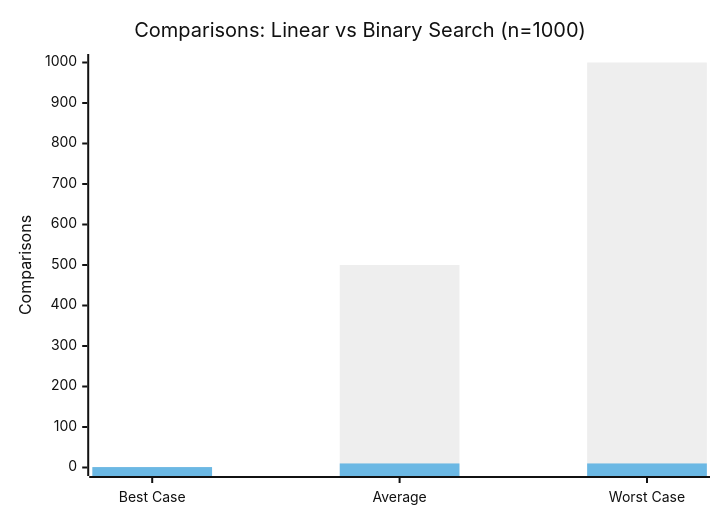
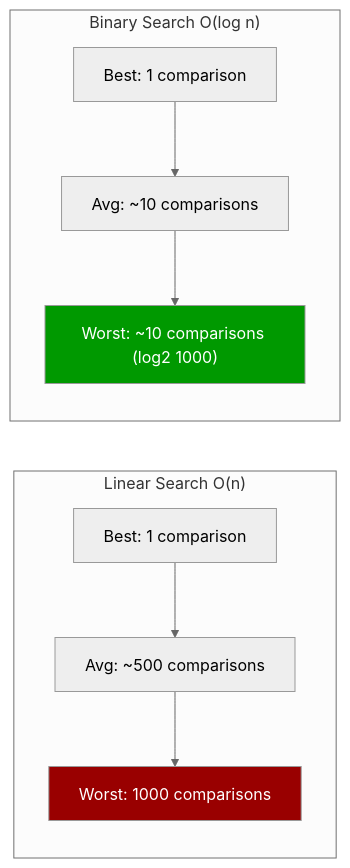
Before and after one commit to jattu8602/DeepSkilling: diagram 14 of 40 in Engineering concepts/learning/engineering-concepts-summary.md, drawn with Mermaid (neutral theme). The commit also changed other lines of this file, not shown here.

Commit message:
Refactor Big O complexity comparisons and sorting algorithm explanations for clarity and consistency

````diff
--- a/Engineering concepts/learning/engineering-concepts-summary.md
+++ b/Engineering concepts/learning/engineering-concepts-summary.md
@@ -191,8 +203,14 @@
 ```mermaid
-xychart-beta
-    title "Comparisons: Linear vs Binary Search (n=1000)"
-    x-axis ["Best Case", "Average", "Worst Case"]
-    y-axis "Comparisons" 0 --> 1000
-    bar [1, 500, 1000]
-    bar [1, 10, 10]
+graph LR
+    subgraph "Linear Search O(n)"
+        L1["Best: 1 comparison"] --> L2["Avg: ~500 comparisons"]
+        L2 --> L3["Worst: 1000 comparisons"]
+    end
+    subgraph "Binary Search O(log n)"
+        B1["Best: 1 comparison"] --> B2["Avg: ~10 comparisons"]
+        B2 --> B3["Worst: ~10 comparisons (log2 1000)"]
+    end
+    
+    style L3 fill:#900,color:#fff
+    style B3 fill:#090,color:#fff
 ```
````
